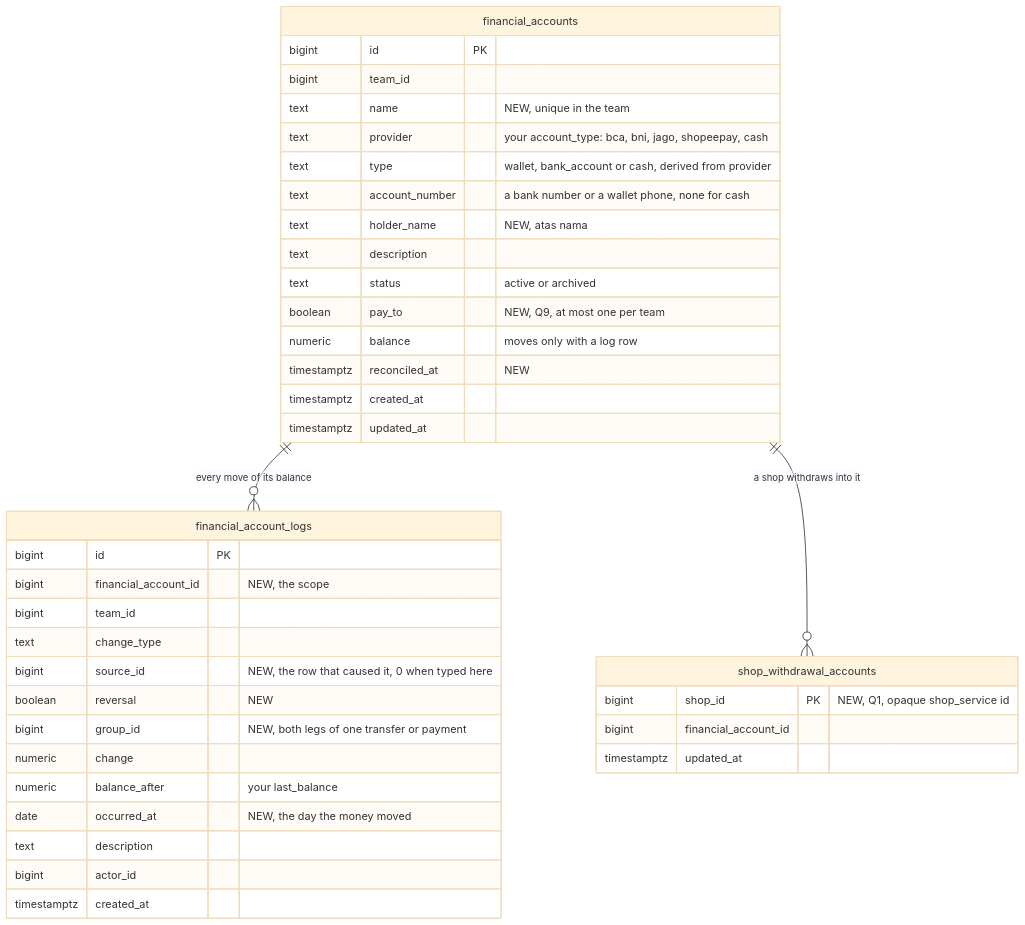
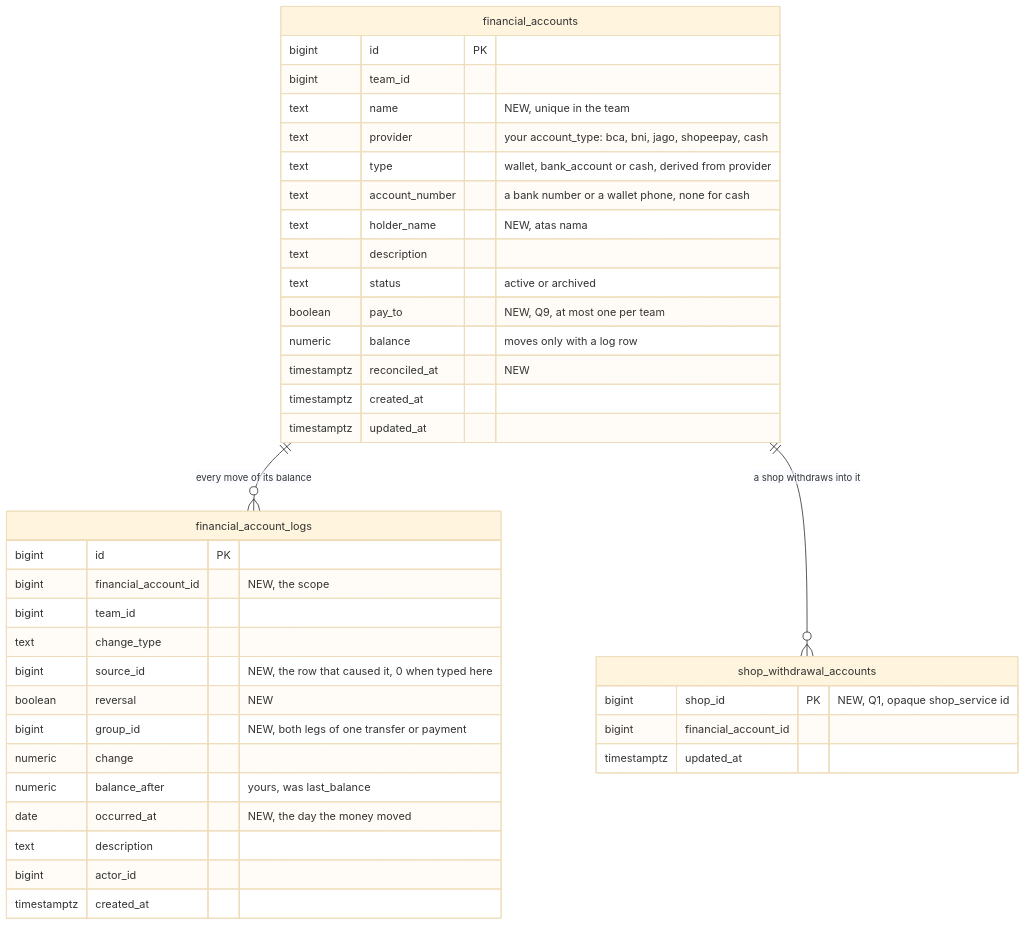
Before and after one commit to pdcgo/warehouse_revamp: the fifth of 6 diagrams in docs/business/financial_account/context_clarify.md, drawn with Mermaid (base theme). The commit also changed other lines of this file and 3 other files, not shown here.

First line of the commit message:
financial_account: record adjustment-is-for-reconciling-only and the-log-says-balance-after

````diff
--- a/docs/business/financial_account/context_clarify.md
+++ b/docs/business/financial_account/context_clarify.md
@@ -213,41 +215,41 @@
 ```mermaid
 erDiagram
   financial_accounts ||--o{ financial_account_logs : "every move of its balance"
   financial_accounts ||--o{ shop_withdrawal_accounts : "a shop withdraws into it"
   financial_accounts {
     bigint id PK
     bigint team_id
     text name "NEW, unique in the team"
     text provider "your account_type: bca, bni, jago, shopeepay, cash"
     text type "wallet, bank_account or cash, derived from provider"
     text account_number "a bank number or a wallet phone, none for cash"
     text holder_name "NEW, atas nama"
     text description
     text status "active or archived"
     boolean pay_to "NEW, Q9, at most one per team"
     numeric balance "moves only with a log row"
     timestamptz reconciled_at "NEW"
     timestamptz created_at
     timestamptz updated_at
   }
   financial_account_logs {
     bigint id PK
     bigint financial_account_id "NEW, the scope"
     bigint team_id
     text change_type
     bigint source_id "NEW, the row that caused it, 0 when typed here"
     boolean reversal "NEW"
     bigint group_id "NEW, both legs of one transfer or payment"
     numeric change
-    numeric balance_after "your last_balance"
+    numeric balance_after "yours, was last_balance"
     date occurred_at "NEW, the day the money moved"
     text description
     bigint actor_id
     timestamptz created_at
   }
   shop_withdrawal_accounts {
     bigint shop_id PK "NEW, Q1, opaque shop_service id"
     bigint financial_account_id
     timestamptz updated_at
   }
 ```
````
